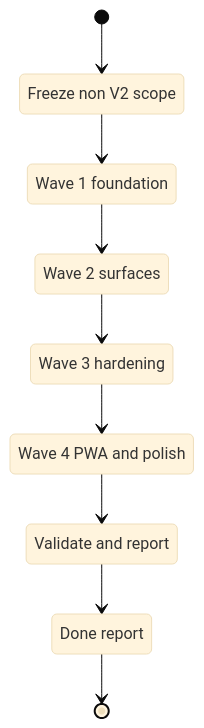
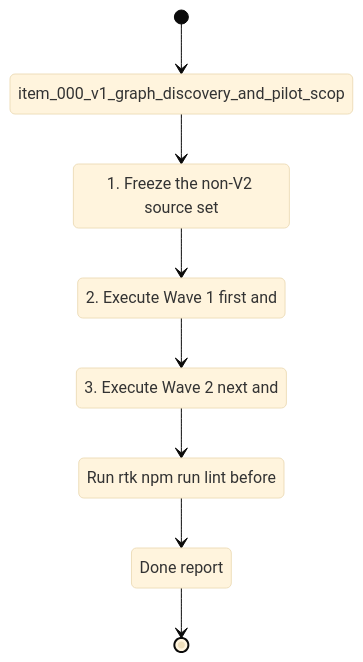
One commit to AlexAgo83/deepvault changed the diagram in logics/tasks/task_025_non_v2_delivery_orchestration_and_validation_hardening.md. Above: the diagram before and after it, drawn with Mermaid (base theme). The commit also changed 57 other files, not shown here.

````diff
--- a/logics/tasks/task_025_non_v2_delivery_orchestration_and_validation_hardening.md
+++ b/logics/tasks/task_025_non_v2_delivery_orchestration_and_validation_hardening.md
@@ -35,20 +35,18 @@
 ```mermaid
 %% logics-kind: task
 %% logics-signature: task|non-v2-delivery-orchestration-and-valida|item-000-v1-graph-discovery-and-pilot-sc|1-freeze-the-non-v2-source-set|run-rtk-npm-run-lint-before
 stateDiagram-v2
-    state "Freeze non V2 scope" as Scope
-    state "Wave 1 foundation" as Wave1
-    state "Wave 2 surfaces" as Wave2
-    state "Wave 3 hardening" as Wave3
-    state "Wave 4 PWA and polish" as Wave4
-    state "Validate and report" as Validation
+    state "item_000_v1_graph_discovery_and_pilot_scop" as Backlog
+    state "1. Freeze the non-V2 source set" as Scope
+    state "2. Execute Wave 1 first and" as Build
+    state "3. Execute Wave 2 next and" as Verify
+    state "Run rtk npm run lint before" as Validation
     state "Done report" as Report
-    [*] --> Scope
-    Scope --> Wave1
-    Wave1 --> Wave2
-    Wave2 --> Wave3
-    Wave3 --> Wave4
-    Wave4 --> Validation
+    [*] --> Backlog
+    Backlog --> Scope
+    Scope --> Build
+    Build --> Verify
+    Verify --> Validation
     Validation --> Report
     Report --> [*]
 ```
````
